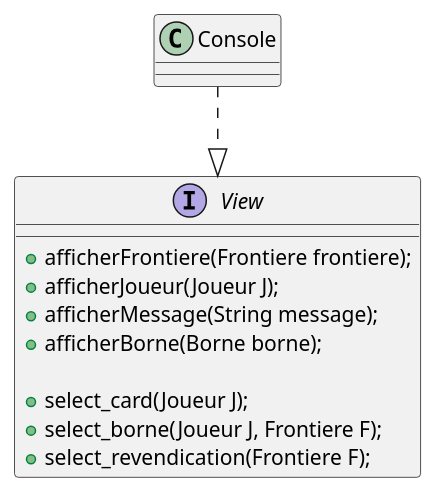
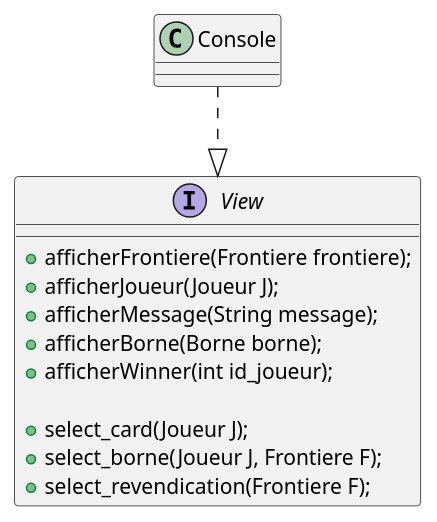
One commit to Pagatok/pg220 changed the diagram in src/diagrams/view.puml. Above: the diagram before and after it, drawn with PlantUML. The commit also changed 11 other files, not shown here.

```diff
--- a/src/diagrams/view.puml
+++ b/src/diagrams/view.puml
@@ -1,20 +1,21 @@
 @startuml view
 
 interface View{
     + afficherFrontiere(Frontiere frontiere);
     + afficherJoueur(Joueur J);
     + afficherMessage(String message);
     + afficherBorne(Borne borne);
+    + afficherWinner(int id_joueur);
 
     + select_card(Joueur J);
     + select_borne(Joueur J, Frontiere F);
     + select_revendication(Frontiere F);
 }
 
 class Console{
 
 }
 
 Console ..|> View
 
 @enduml
```
